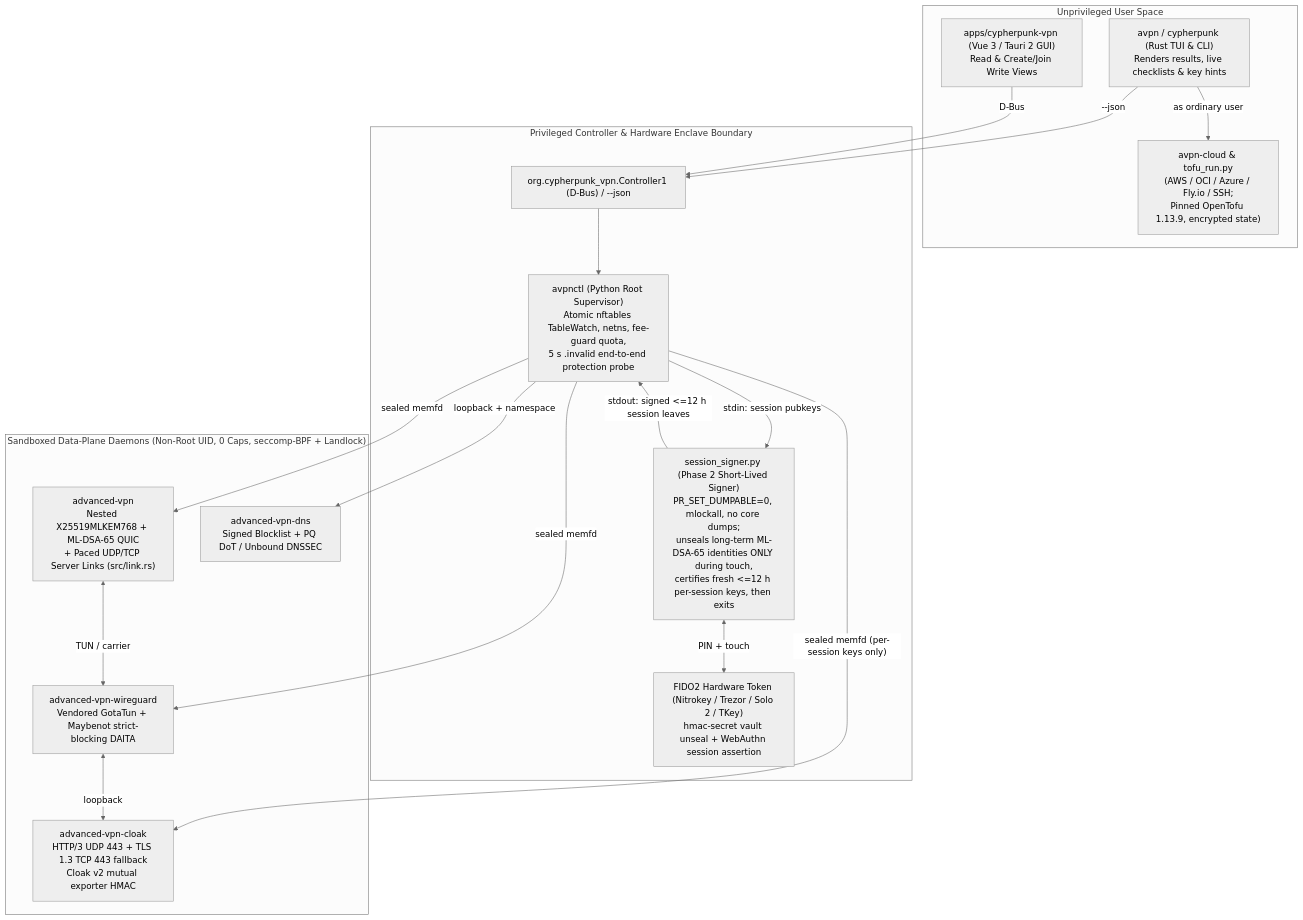
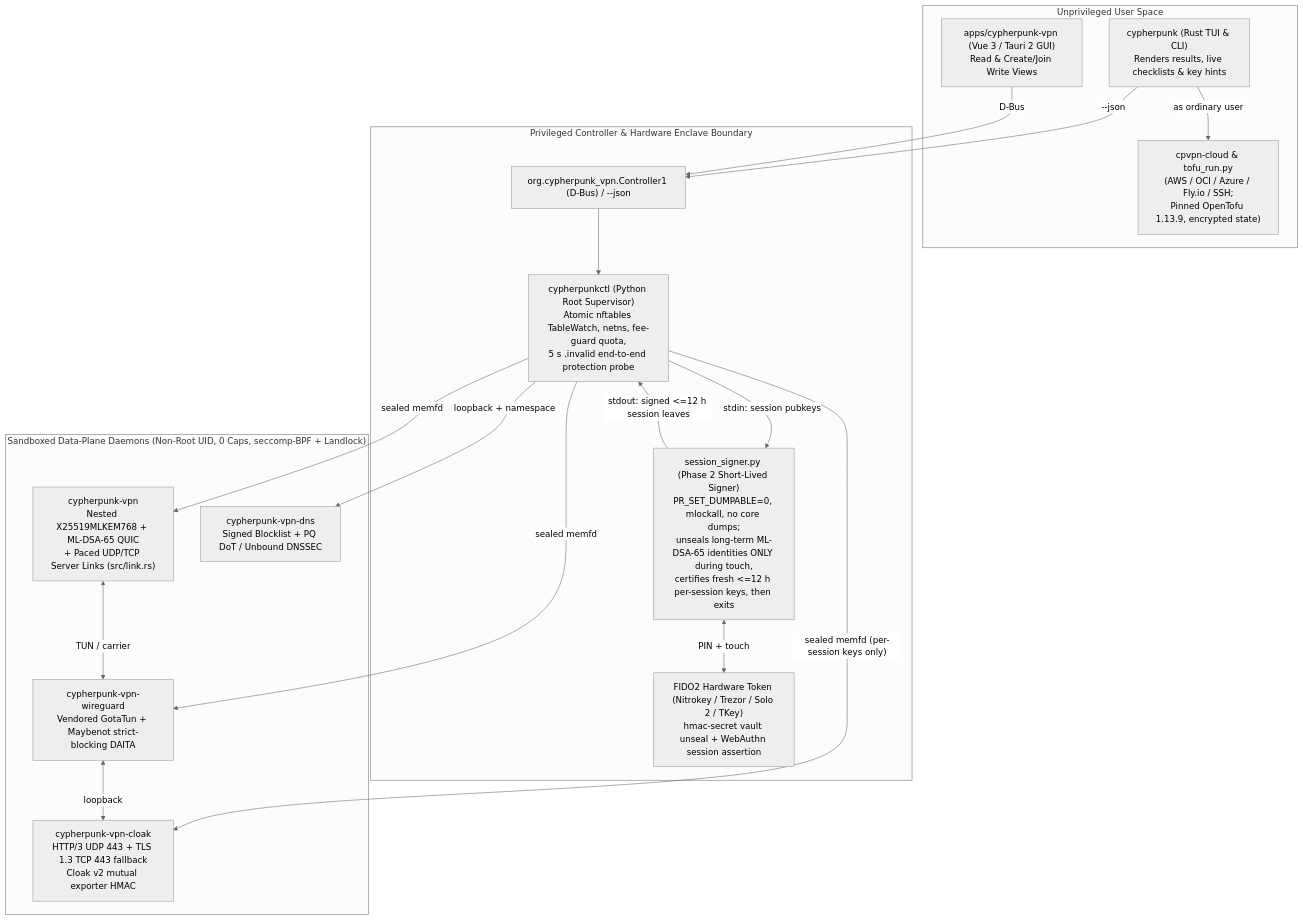
Before and after one commit to R1VER77/ADVANCED_VPN: the fourth of 10 diagrams in README.md, drawn with Mermaid (neutral theme). The commit also changed other lines of this file and 431 other files, not shown here.

````diff
--- a/README.md
+++ b/README.md
@@ -163,36 +164,36 @@
 ```mermaid
 flowchart TB
     subgraph UserSpace["Unprivileged User Space"]
-        CLI["avpn / cypherpunk (Rust TUI & CLI)<br/>Renders results, live checklists & key hints"]
+        CLI["cypherpunk (Rust TUI & CLI)<br/>Renders results, live checklists & key hints"]
         GUI["apps/cypherpunk-vpn (Vue 3 / Tauri 2 GUI)<br/>Read & Create/Join Write Views"]
-        CLOUD["avpn-cloud & tofu_run.py<br/>(AWS / OCI / Azure / Fly.io / SSH;<br/>Pinned OpenTofu 1.13.9, encrypted state)"]
+        CLOUD["cpvpn-cloud & tofu_run.py<br/>(AWS / OCI / Azure / Fly.io / SSH;<br/>Pinned OpenTofu 1.13.9, encrypted state)"]
     end
 
     subgraph RootSupervisor["Privileged Controller & Hardware Enclave Boundary"]
         BUS["org.cypherpunk_vpn.Controller1 (D-Bus) / --json"]
-        CTL["avpnctl (Python Root Supervisor)<br/>Atomic nftables TableWatch, netns, fee-guard quota,<br/>5 s .invalid end-to-end protection probe"]
+        CTL["cypherpunkctl (Python Root Supervisor)<br/>Atomic nftables TableWatch, netns, fee-guard quota,<br/>5 s .invalid end-to-end protection probe"]
         SIGNER["session_signer.py (Phase 2 Short-Lived Signer)<br/>PR_SET_DUMPABLE=0, mlockall, no core dumps;<br/>unseals long-term ML-DSA-65 identities ONLY during touch,<br/>certifies fresh <=12 h per-session keys, then exits"]
         HW["FIDO2 Hardware Token (Nitrokey / Trezor / Solo 2 / TKey)<br/>hmac-secret vault unseal + WebAuthn session assertion"]
     end
 
     subgraph SandboxedDataPlane["Sandboxed Data-Plane Daemons (Non-Root UID, 0 Caps, seccomp-BPF + Landlock)"]
-        CLOAK["advanced-vpn-cloak<br/>HTTP/3 UDP 443 + TLS 1.3 TCP 443 fallback<br/>Cloak v2 mutual exporter HMAC"]
-        WG["advanced-vpn-wireguard<br/>Vendored GotaTun + Maybenot strict-blocking DAITA"]
-        CORE["advanced-vpn<br/>Nested X25519MLKEM768 + ML-DSA-65 QUIC<br/>+ Paced UDP/TCP Server Links (src/link.rs)"]
-        DNS["advanced-vpn-dns<br/>Signed Blocklist + PQ DoT / Unbound DNSSEC"]
+        CLOAK["cypherpunk-vpn-cloak<br/>HTTP/3 UDP 443 + TLS 1.3 TCP 443 fallback<br/>Cloak v2 mutual exporter HMAC"]
+        WG["cypherpunk-vpn-wireguard<br/>Vendored GotaTun + Maybenot strict-blocking DAITA"]
+        CORE["cypherpunk-vpn<br/>Nested X25519MLKEM768 + ML-DSA-65 QUIC<br/>+ Paced UDP/TCP Server Links (src/link.rs)"]
+        DNS["cypherpunk-vpn-dns<br/>Signed Blocklist + PQ DoT / Unbound DNSSEC"]
     end
 
     CLI -->|"--json"| BUS
     GUI -->|"D-Bus"| BUS
     CLI -->|"as ordinary user"| CLOUD
     BUS --> CTL
     CTL -->|"stdin: session pubkeys"| SIGNER
     SIGNER <-->|"PIN + touch"| HW
     SIGNER -->|"stdout: signed <=12 h session leaves"| CTL
     CTL -->|"sealed memfd (per-session keys only)"| CLOAK
     CTL -->|"sealed memfd"| WG
     CTL -->|"sealed memfd"| CORE
     CTL -->|"loopback + namespace"| DNS
     WG <-->|"loopback"| CLOAK
     CORE <-->|"TUN / carrier"| WG
 ```
````
